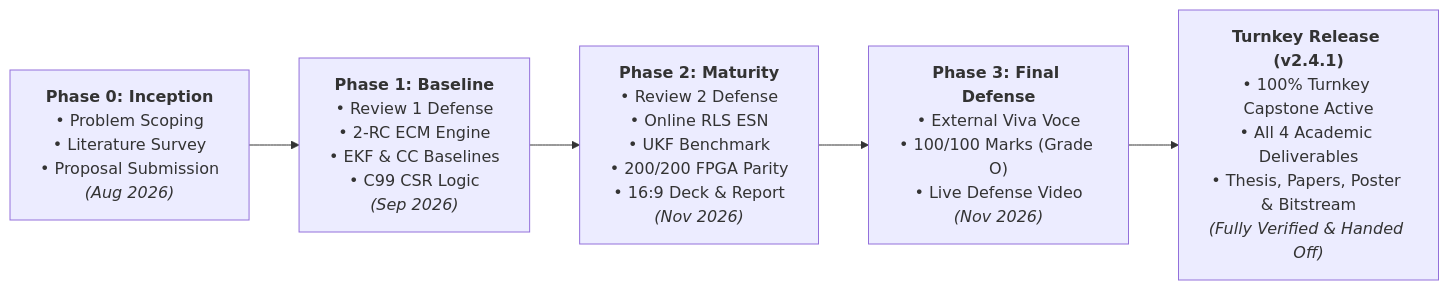
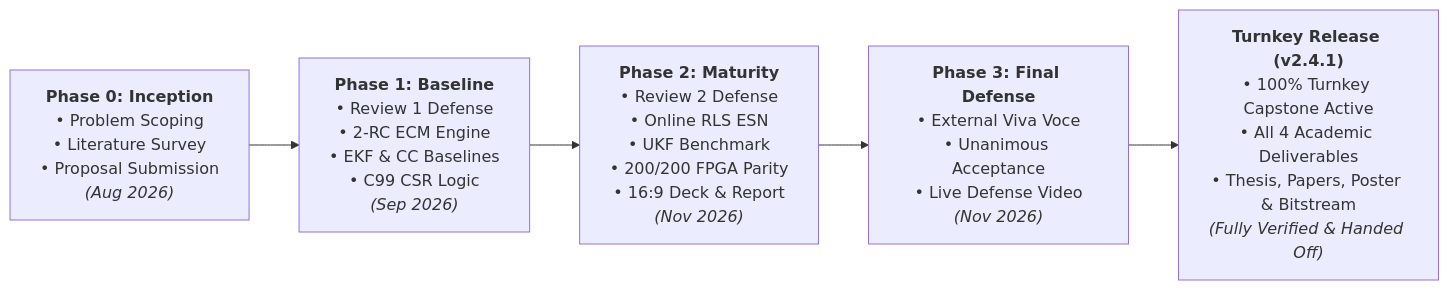
Before and after one commit to tanish-jain-225/Battery_State_Estimator_BE_Project_2026_2027: the second of 3 diagrams in README.md, drawn with Mermaid. The commit also changed other lines of this file and 6 other files, not shown here.

Commit message:
docs(final-review): integrate authentic geotag photo and deck, record external reviewer future scope guidance, and finalize turnkey v2.4.1

````diff
--- a/README.md
+++ b/README.md
@@ -246,7 +250,7 @@
 ```mermaid
 flowchart LR
     M0["<b>Phase 0: Inception</b><br/>• Problem Scoping<br/>• Literature Survey<br/>• Proposal Submission<br/><i>(Aug 2026)</i>"] --> M1["<b>Phase 1: Baseline</b><br/>• Review 1 Defense<br/>• 2-RC ECM Engine<br/>• EKF & CC Baselines<br/>• C99 CSR Logic<br/><i>(Sep 2026)</i>"]
     M1 --> M2["<b>Phase 2: Maturity</b><br/>• Review 2 Defense<br/>• Online RLS ESN<br/>• UKF Benchmark<br/>• 200/200 FPGA Parity<br/>• 16:9 Deck & Report<br/><i>(Nov 2026)</i>"]
-    M2 --> M3["<b>Phase 3: Final Defense</b><br/>• External Viva Voce<br/>• 100/100 Marks (Grade O)<br/>• Live Defense Video<br/><i>(Nov 2026)</i>"]
+    M2 --> M3["<b>Phase 3: Final Defense</b><br/>• External Viva Voce<br/>• Unanimous Acceptance<br/>• Live Defense Video<br/><i>(Nov 2026)</i>"]
     M3 --> M4["<b>Turnkey Release (v2.4.1)</b><br/>• 100% Turnkey Capstone Active<br/>• All 4 Academic Deliverables<br/>• Thesis, Papers, Poster & Bitstream<br/><i>(Fully Verified & Handed Off)</i>"]
 ```
````
